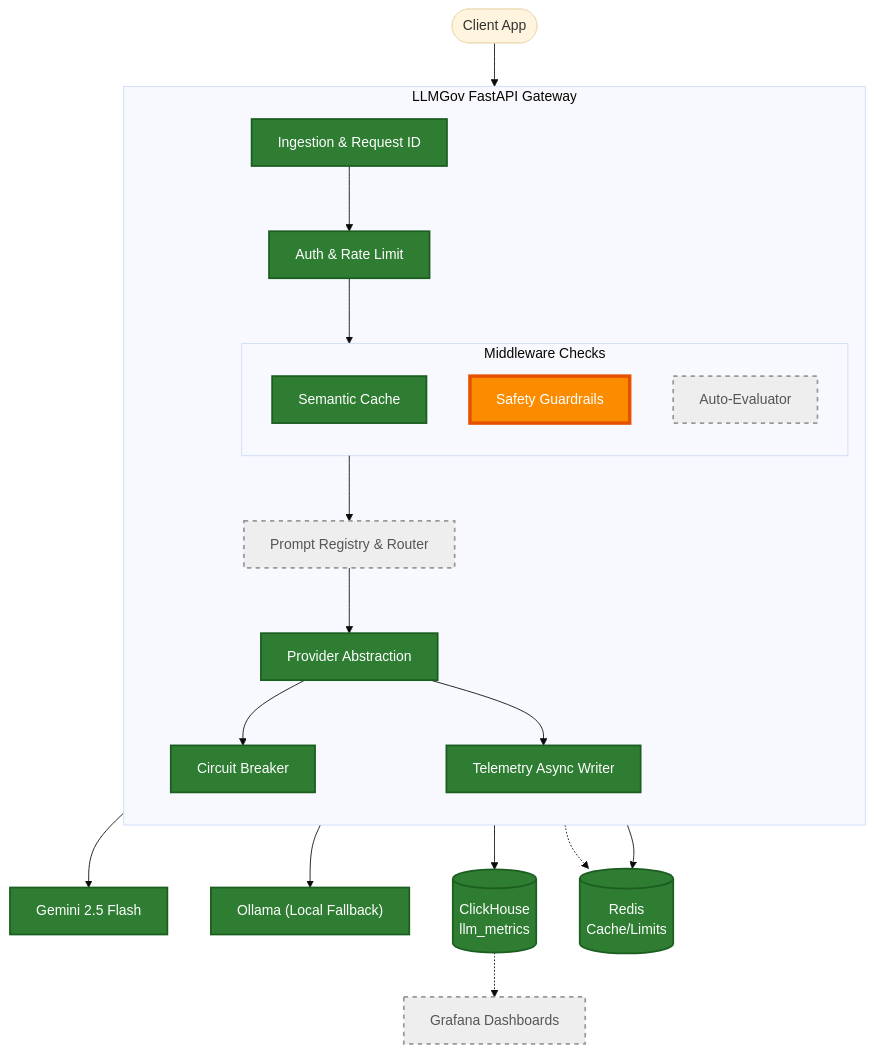
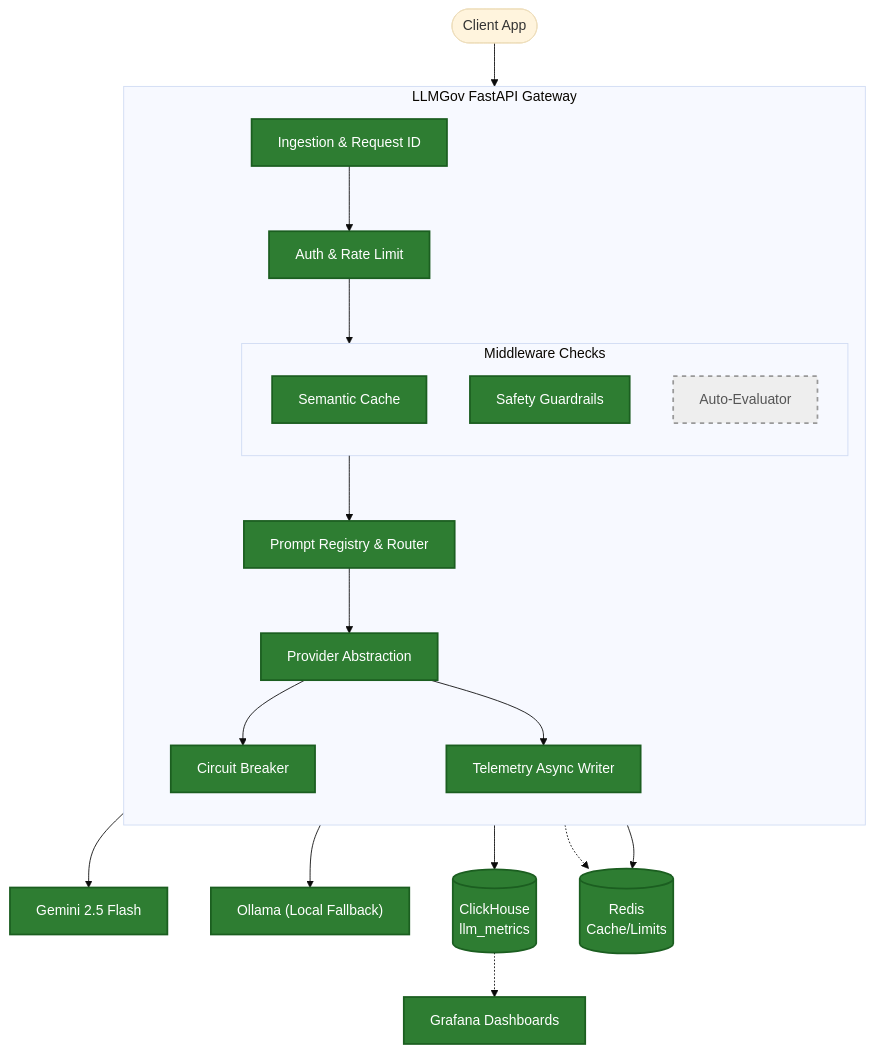
Before and after one commit to LeviAckermanZ9/LLMGov: the diagram in README.md, drawn with Mermaid (base theme). The commit also changed other lines of this file, not shown here.

Commit message:
docs: audit and update README for Live Safety Guardrails, Prompt Registry, and Grafana

````diff
--- a/README.md
+++ b/README.md
@@ -27,52 +27,52 @@
 ```mermaid
 flowchart TD
     %% Define Styles
     classDef built fill:#2e7d32,stroke:#1b5e20,stroke-width:2px,color:white;
     classDef partial fill:#fb8c00,stroke:#e65100,stroke-width:4px,color:white;
     classDef planned fill:#eeeeee,stroke:#999999,stroke-width:2px,stroke-dasharray: 5 5,color:#555555;
 
     Client(["Client App"]) --> Gateway
     
     subgraph Gateway ["LLMGov FastAPI Gateway"]
         direction TB
         Ingest["Ingestion & Request ID"]:::built
         Auth["Auth & Rate Limit"]:::built
         
         Ingest --> Auth
         
         subgraph Interceptors ["Middleware Checks"]
             Cache["Semantic Cache"]:::built
-            Guard["Safety Guardrails"]:::partial
+            Guard["Safety Guardrails"]:::built
             Eval["Auto-Evaluator"]:::planned
         end
         
         Auth --> Interceptors
         
-        Registry["Prompt Registry & Router"]:::planned
+        Registry["Prompt Registry & Router"]:::built
         Interceptors --> Registry
         
         ProviderAbstraction["Provider Abstraction"]:::built
         Registry --> ProviderAbstraction
         
         CircuitBreaker["Circuit Breaker"]:::built
         ProviderAbstraction --> CircuitBreaker
         
         Telemetry["Telemetry Async Writer"]:::built
         ProviderAbstraction --> Telemetry
     end
     
     PrimaryProvider["Gemini 2.5 Flash"]:::built
     FallbackProvider["Ollama (Local Fallback)"]:::built
     
     CH[("ClickHouse\nllm_metrics")]:::built
     Redis[("Redis\nCache/Limits")]:::built
     
     CircuitBreaker --> PrimaryProvider
     CircuitBreaker --> FallbackProvider
     Telemetry --> CH
     Auth -.-> Redis
     Cache --> Redis
     
-    Grafana["Grafana Dashboards"]:::planned
+    Grafana["Grafana Dashboards"]:::built
     CH -.-> Grafana
 ```
````
